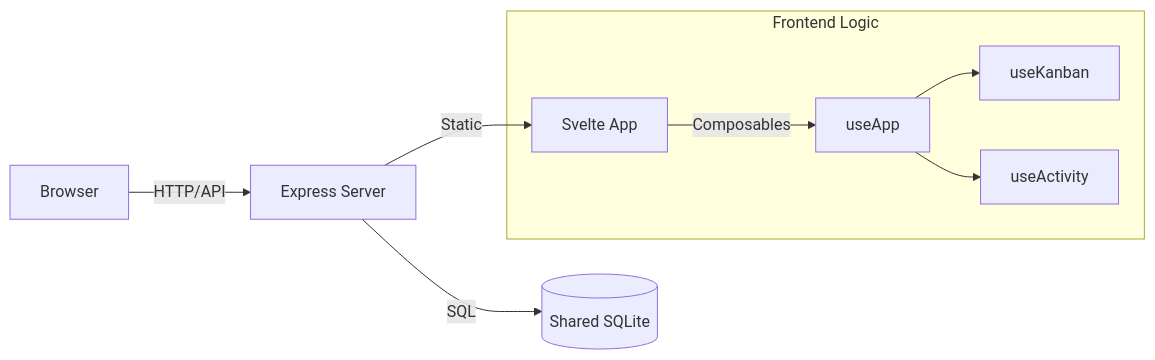
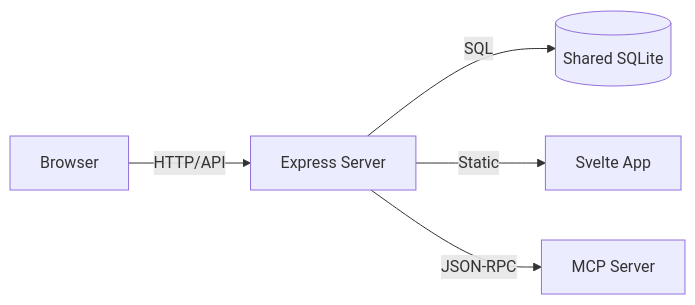
The diagram in .agents/documents/application/modules/dashboard/overview.md (vheins/local-memory-mcp), drawn with Mermaid before and after one commit. The commit also changed other lines of this file and 9 other files, not shown here.

````diff
--- a/.agents/documents/application/modules/dashboard/overview.md
+++ b/.agents/documents/application/modules/dashboard/overview.md
@@ -19,12 +20,7 @@
 ```mermaid
 graph LR
     A[Browser] -- HTTP/API --> B[Express Server]
     B -- SQL --> C[(Shared SQLite)]
     B -- Static --> D[Svelte App]
-    
-    subgraph Frontend Logic
-    D -- Composables --> E[useApp]
-    E --> F[useKanban]
-    E --> G[useActivity]
-    end
+    B -- JSON-RPC --> E[MCP Server]
 ```
````
